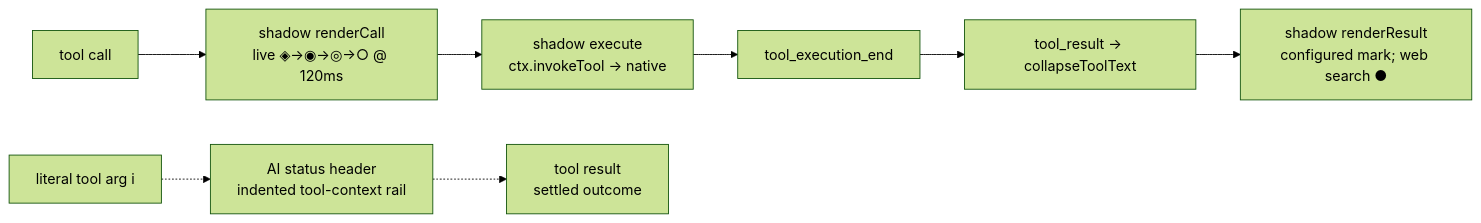
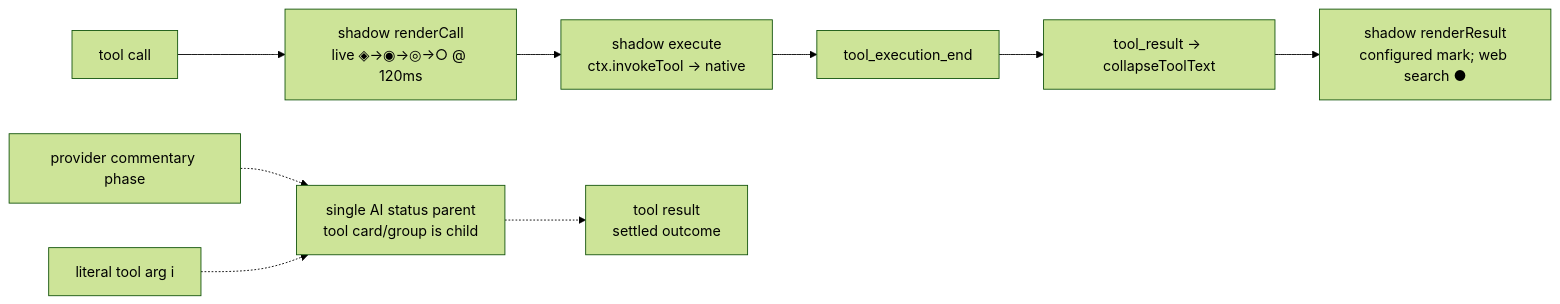
The first of 3 diagrams in README.md (pham93/omp-minimal-output), drawn with Mermaid (forest theme) before and after one commit. The commit also changed other lines of this file and 11 other files, not shown here.

````diff
--- a/README.md
+++ b/README.md
@@ -23,10 +23,11 @@
 ```mermaid
 flowchart LR
     call["tool call"] --> rc["shadow renderCall\nlive ◈→◉→◎→○ @ 120ms"]
     rc --> exec["shadow execute\nctx.invokeTool → native"]
     exec --> tend["tool_execution_end"]
     tend --> tr["tool_result → collapseToolText"]
     tr --> rr["shadow renderResult\nconfigured mark; web search ●"]
-    intent["literal tool arg i"] -.-> status["AI status header\nindented tool-context rail"]
+    commentary["provider commentary phase"] -.-> status["single AI status parent\ntool card/group is child"]
+    intent["literal tool arg i"] -.-> status
     status -.-> settle["tool result\nsettled outcome"]
 ```
````
